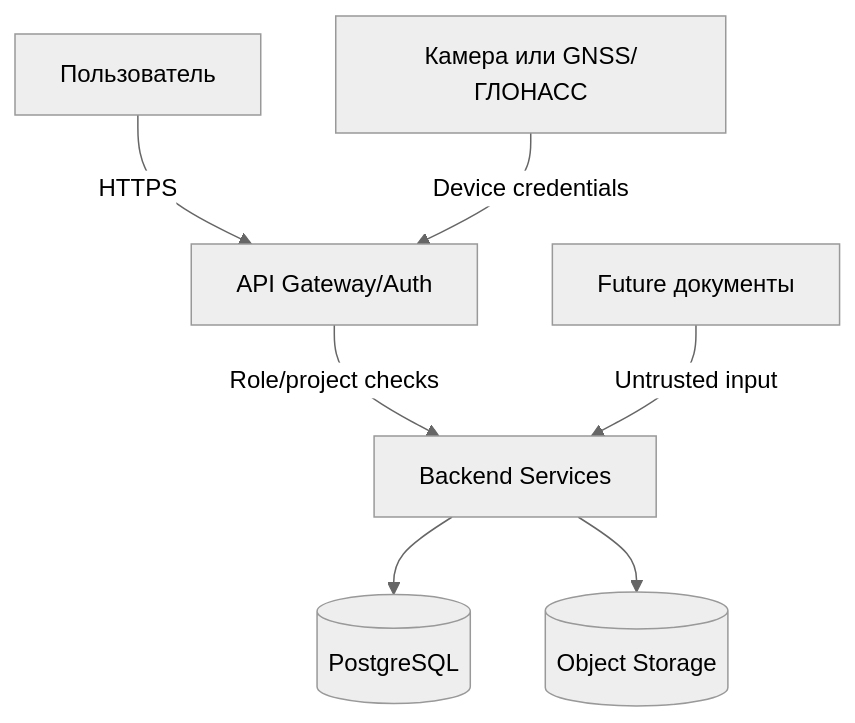
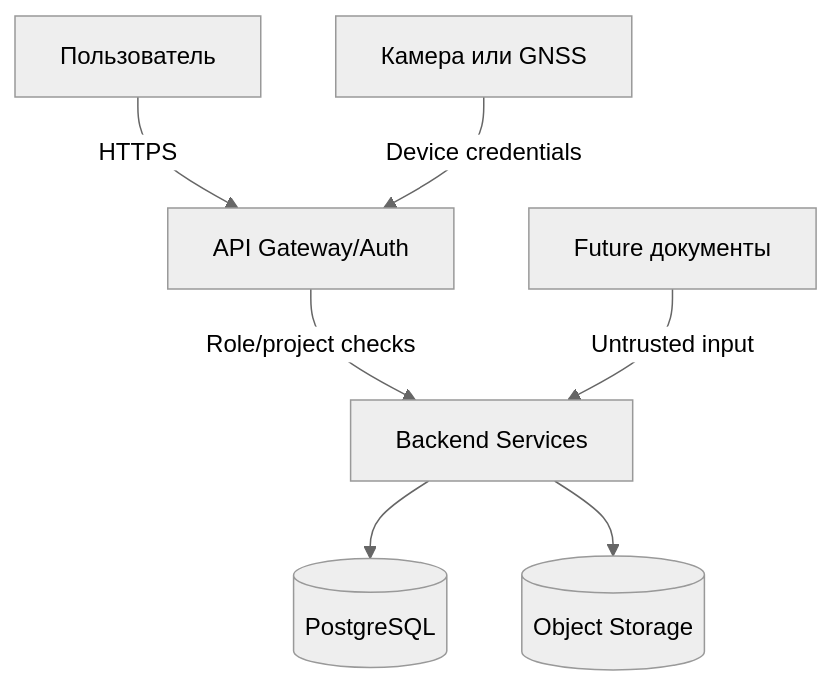
One commit to s21dlemanskiy/course-work changed the diagram in 10-безопасность.md. Above: the diagram before and after it, drawn with Mermaid (neutral theme). The commit also changed other lines of this file and 13 other files, not shown here.

````diff
--- a/10-безопасность.md
+++ b/10-безопасность.md
@@ -29,9 +29,9 @@
 ```mermaid
 flowchart TD
     User[Пользователь] -->|HTTPS| Gateway[API Gateway/Auth]
-    Device[Камера или GNSS/ГЛОНАСС] -->|Device credentials| Gateway
+    Device[Камера или GNSS] -->|Device credentials| Gateway
     Gateway -->|Role/project checks| Services[Backend Services]
     Services --> DB[(PostgreSQL)]
     Services --> OBJ[(Object Storage)]
     FutureDocs[Future документы] -->|Untrusted input| Services
 ```
````
